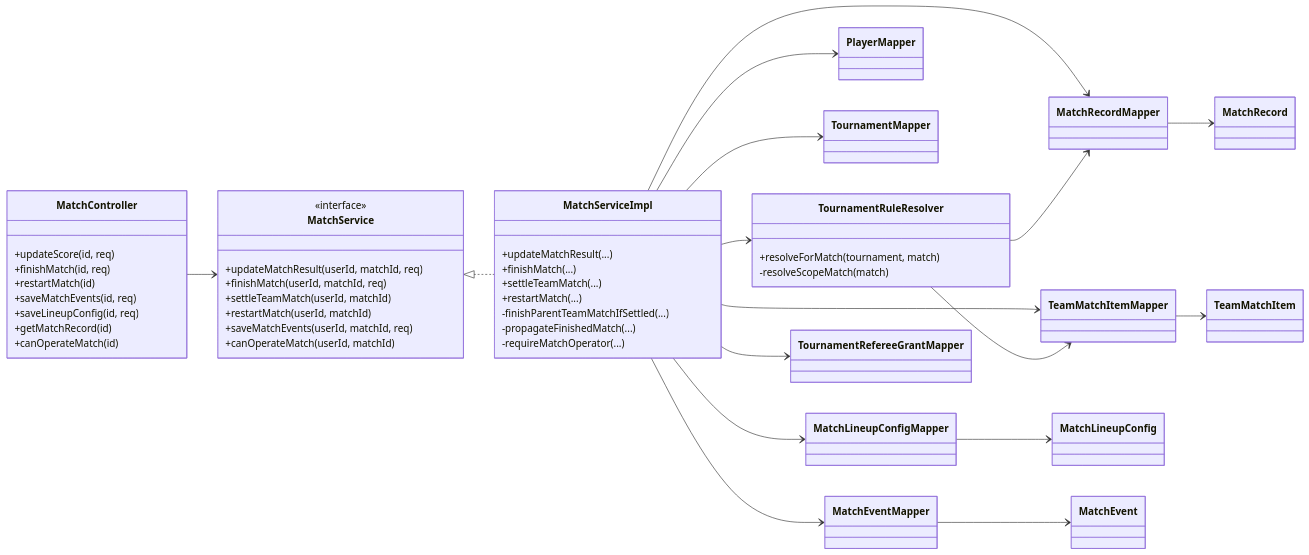
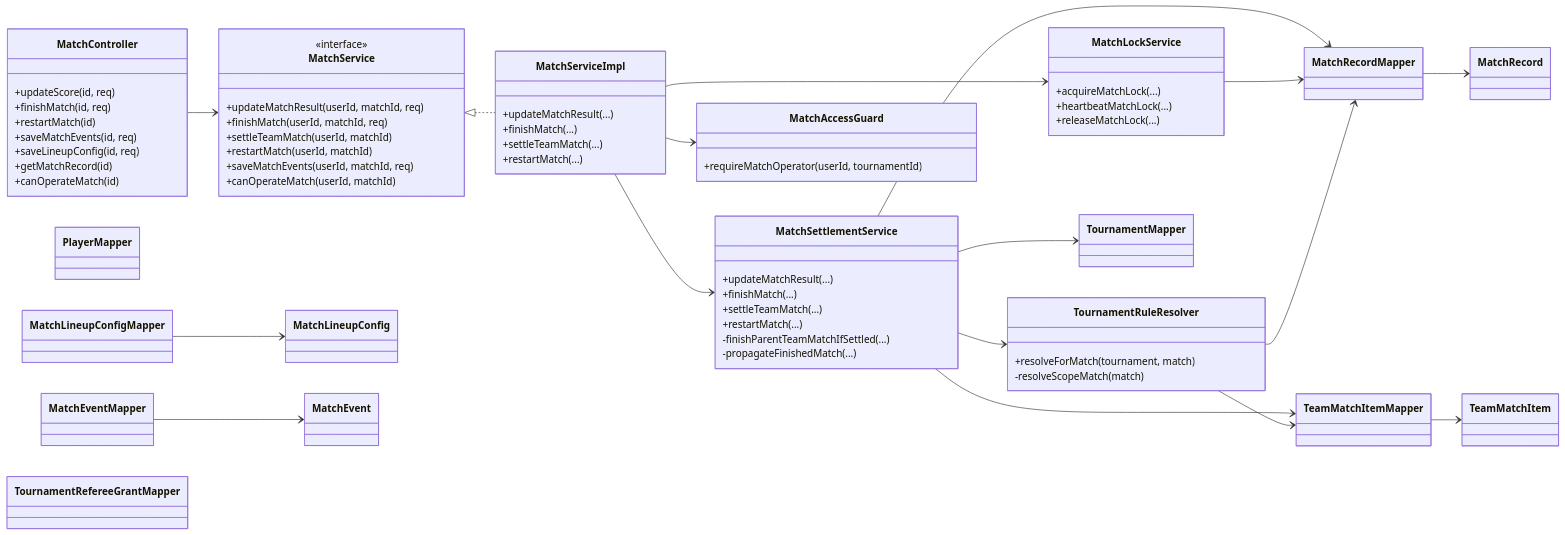
Before and after one commit to lijingyuu/Scoring: the third of 9 diagrams in docs/类图.md, drawn with Mermaid. The commit also changed other lines of this file and 7 other files, not shown here.

```diff
--- a/docs/类图.md
+++ b/docs/类图.md
@@ -295,9 +309,25 @@
   +finishMatch(...)
   +settleTeamMatch(...)
   +restartMatch(...)
+}
+
+class MatchSettlementService {
+  +updateMatchResult(...)
+  +finishMatch(...)
+  +settleTeamMatch(...)
+  +restartMatch(...)
   -finishParentTeamMatchIfSettled(...)
   -propagateFinishedMatch(...)
-  -requireMatchOperator(...)
+}
+
+class MatchLockService {
+  +acquireMatchLock(...)
+  +heartbeatMatchLock(...)
+  +releaseMatchLock(...)
+}
+
+class MatchAccessGuard {
+  +requireMatchOperator(userId, tournamentId)
 }
 
 class TournamentRuleResolver {
@@ -319,14 +349,14 @@
 
 MatchController --> MatchService
 MatchService <|.. MatchServiceImpl
-MatchServiceImpl --> MatchRecordMapper
-MatchServiceImpl --> PlayerMapper
-MatchServiceImpl --> TournamentMapper
-MatchServiceImpl --> MatchLineupConfigMapper
-MatchServiceImpl --> MatchEventMapper
-MatchServiceImpl --> TeamMatchItemMapper
-MatchServiceImpl --> TournamentRefereeGrantMapper
-MatchServiceImpl --> TournamentRuleResolver
+MatchServiceImpl --> MatchSettlementService
+MatchServiceImpl --> MatchLockService
+MatchServiceImpl --> MatchAccessGuard
+MatchSettlementService --> MatchRecordMapper
+MatchSettlementService --> TeamMatchItemMapper
+MatchSettlementService --> TournamentMapper
+MatchSettlementService --> TournamentRuleResolver
+MatchLockService --> MatchRecordMapper
 MatchRecordMapper --> MatchRecord
 MatchLineupConfigMapper --> MatchLineupConfig
 MatchEventMapper --> MatchEvent
```
